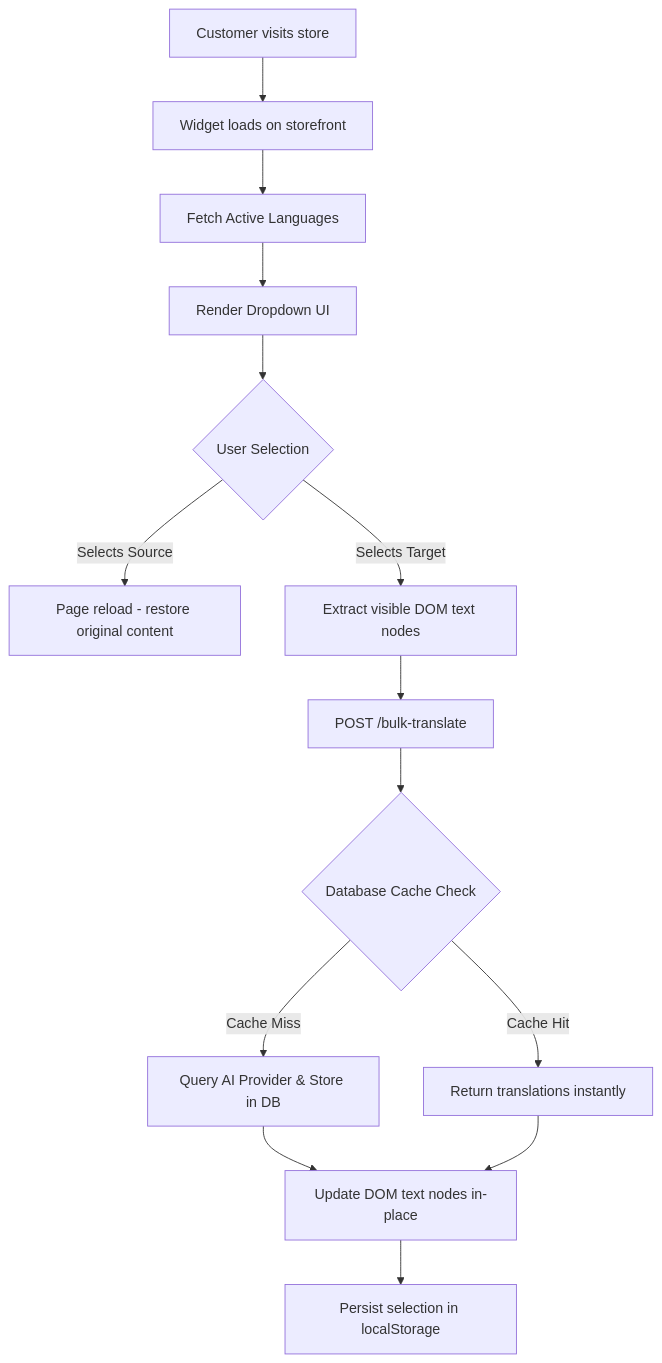
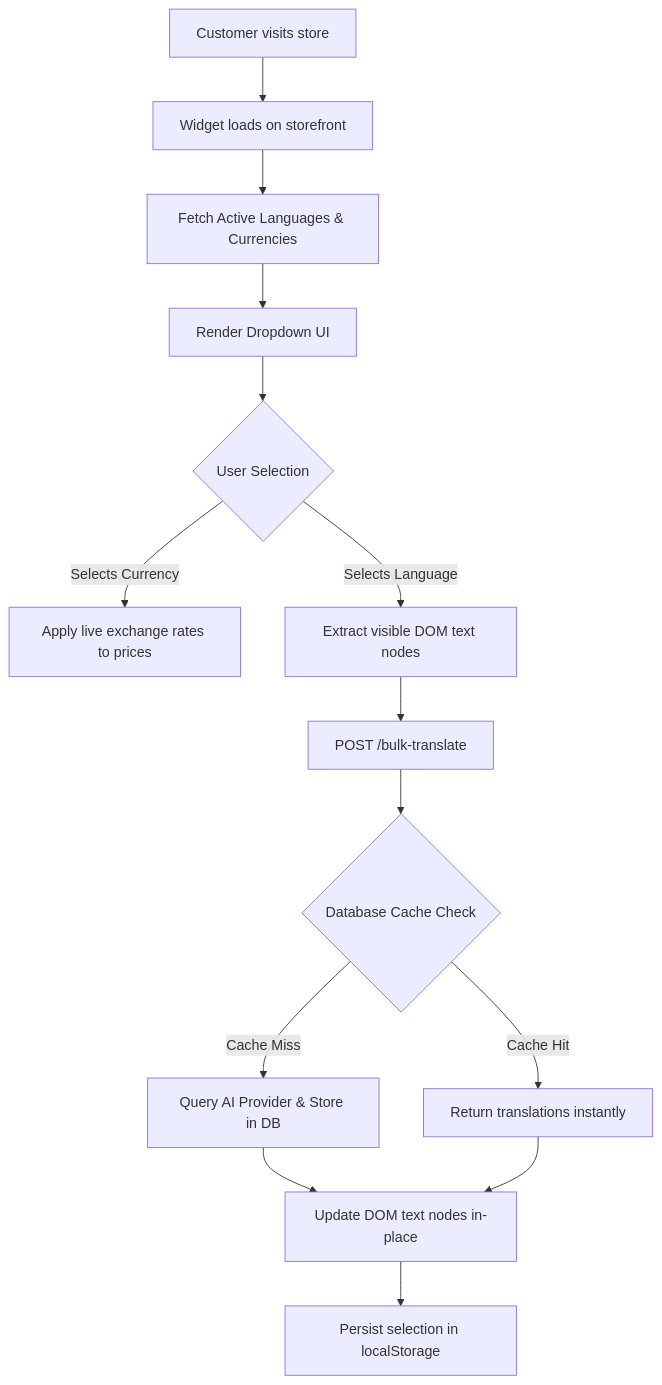
The diagram in README.md (swastik3616/shopify-multilanguage-convertor), drawn with Mermaid before and after one commit. The commit also changed other lines of this file, not shown here.

````diff
--- a/README.md
+++ b/README.md
@@ -62,16 +64,16 @@
 ```mermaid
 graph TD
     A[Customer visits store] --> B[Widget loads on storefront]
-    B --> C[Fetch Active Languages]
+    B --> C[Fetch Active Languages & Currencies]
     C --> D[Render Dropdown UI]
     D --> E{User Selection}
-    E -->|Selects Source| F[Page reload - restore original content]
-    E -->|Selects Target| G[Extract visible DOM text nodes]
+    E -->|Selects Currency| F[Apply live exchange rates to prices]
+    E -->|Selects Language| G[Extract visible DOM text nodes]
     G --> H[POST /bulk-translate]
     H --> I{Database Cache Check}
     I -->|Cache Hit| J[Return translations instantly]
     I -->|Cache Miss| K[Query AI Provider & Store in DB]
     K --> L[Update DOM text nodes in-place]
     J --> L
     L --> M[Persist selection in localStorage]
 ```
````
